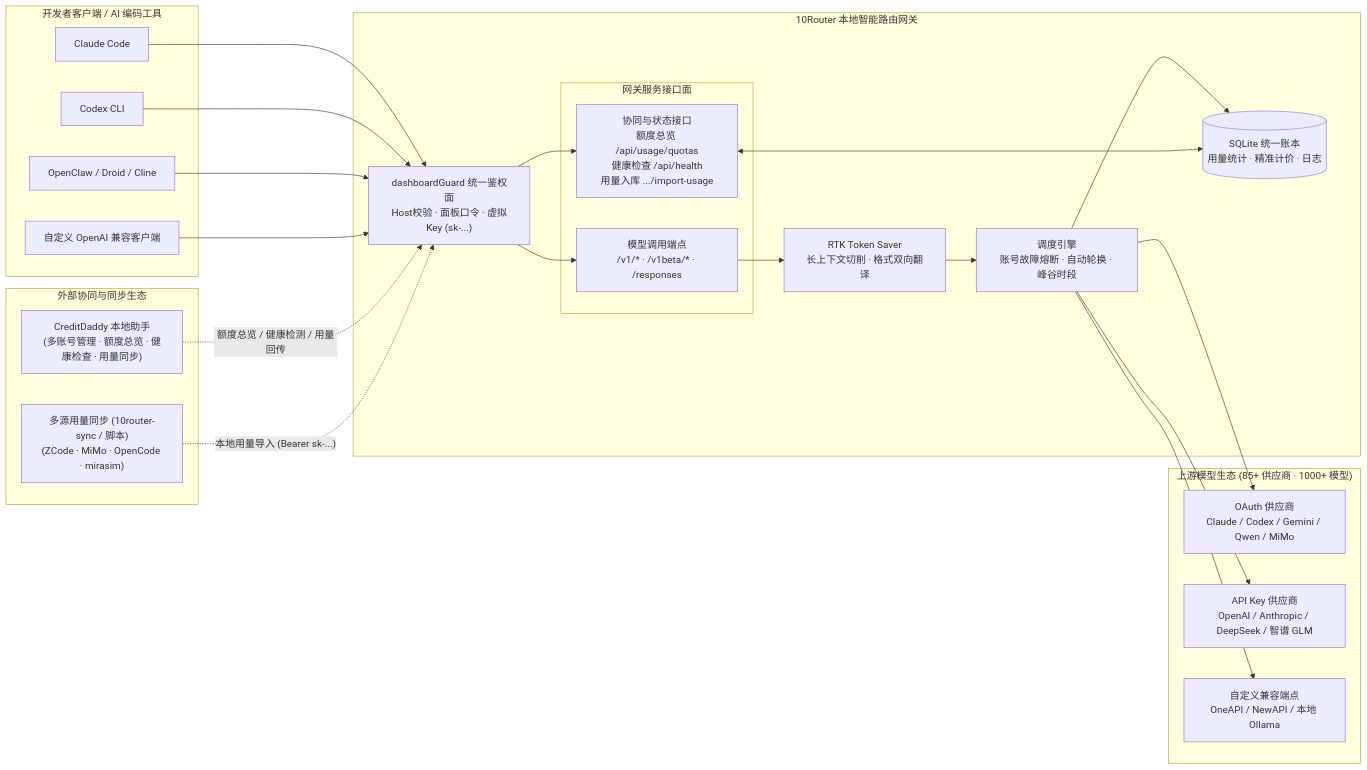
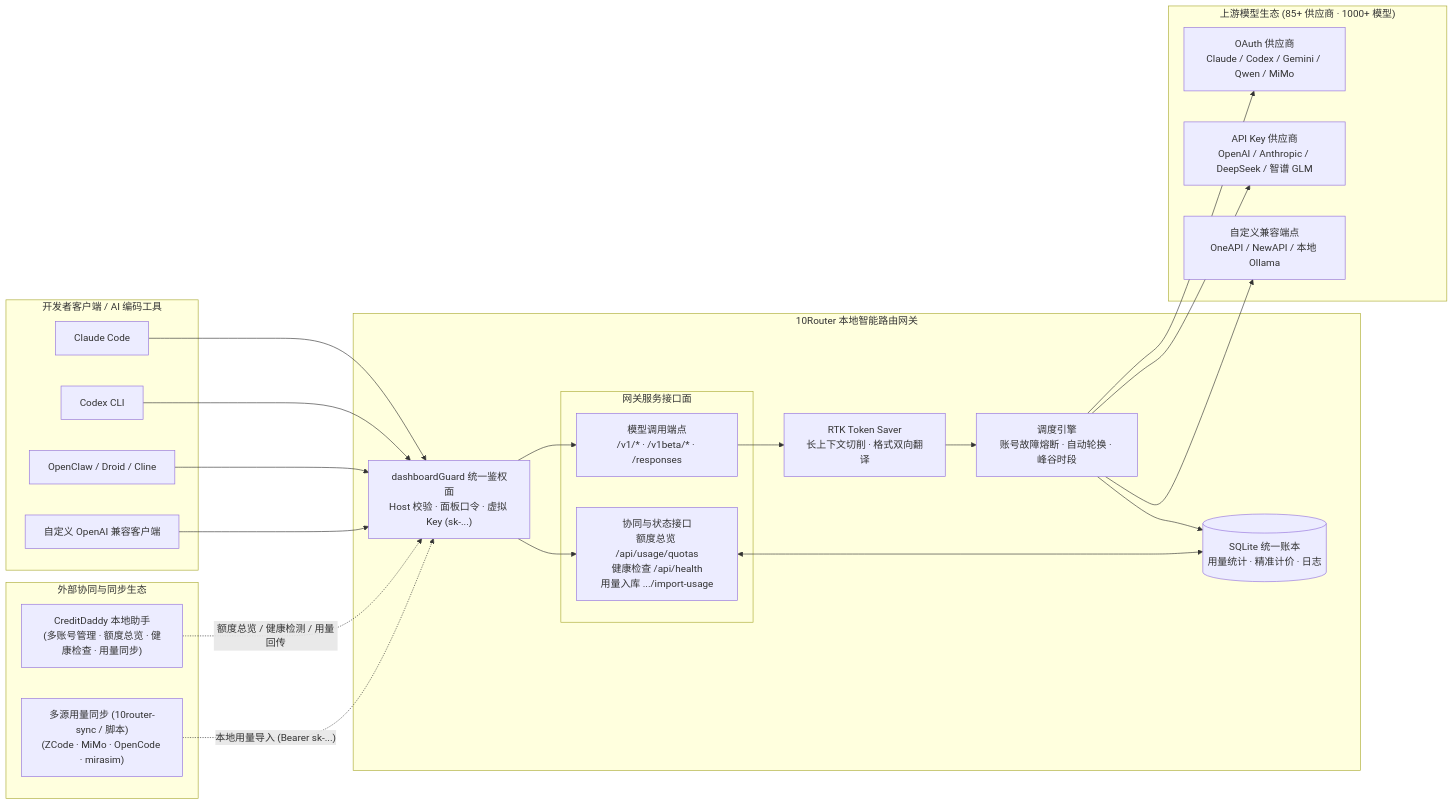
One commit to Xerctan/10router changed the diagram in README.md. Above: the diagram before and after it, drawn with Mermaid.

Commit message:
docs: 为架构图右下角增加透明占位垫片，避让 GitHub 浮动导航控制栏

````diff
--- a/README.md
+++ b/README.md
@@ -55,51 +55,55 @@
 ```mermaid
 flowchart LR
     subgraph Clients["开发者客户端 / AI 编码工具"]
         C1["Claude Code"]
         C2["Codex CLI"]
         C3["OpenClaw / Droid / Cline"]
         C4["自定义 OpenAI 兼容客户端"]
     end
 
     subgraph Ecosystem["外部协同与同步生态"]
         CD["CreditDaddy 本地助手<br/>(多账号管理 · 额度总览 · 健康检查 · 用量同步)"]
         SYNC["多源用量同步 (10router-sync / 脚本)<br/>(ZCode · MiMo · OpenCode · mirasim)"]
     end
 
     subgraph Router["10Router 本地智能路由网关"]
-        GUARD["dashboardGuard 统一鉴权面<br/>Host校验 · 面板口令 · 虚拟Key (sk-...)"]
+        GUARD["dashboardGuard 统一鉴权面<br/>Host 校验 · 面板口令 · 虚拟 Key (sk-...)"]
 
         subgraph Endpoints["网关服务接口面"]
             API["模型调用端点<br/>/v1/* · /v1beta/* · /responses"]
             MGMT["协同与状态接口<br/>额度总览 /api/usage/quotas<br/>健康检查 /api/health<br/>用量入库 .../import-usage"]
         end
 
         RTK["RTK Token Saver<br/>长上下文切削 · 格式双向翻译"]
         CORE["调度引擎<br/>账号故障熔断 · 自动轮换 · 峰谷时段"]
         DB[("SQLite 统一账本<br/>用量统计 · 精准计价 · 日志")]
     end
 
     subgraph Upstreams["上游模型生态 (85+ 供应商 · 1000+ 模型)"]
         P1["OAuth 供应商<br/>Claude / Codex / Gemini / Qwen / MiMo"]
         P2["API Key 供应商<br/>OpenAI / Anthropic / DeepSeek / 智谱 GLM"]
         P3["自定义兼容端点<br/>OneAPI / NewAPI / 本地 Ollama"]
+        PAD["&nbsp;<br/>&nbsp;"]
     end
 
     C1 --> GUARD
     C2 --> GUARD
     C3 --> GUARD
     C4 --> GUARD
     CD -. "额度总览 / 健康检测 / 用量回传" .-> GUARD
     SYNC -. "本地用量导入 (Bearer sk-...)" .-> GUARD
 
     GUARD --> API
     GUARD --> MGMT
     API --> RTK
     RTK --> CORE
     CORE --> DB
     MGMT <--> DB
 
     CORE --> P1
     CORE --> P2
     CORE --> P3
+    P3 ~~~ PAD
+
+    style PAD fill:transparent,stroke:none,color:transparent
 ```
````
